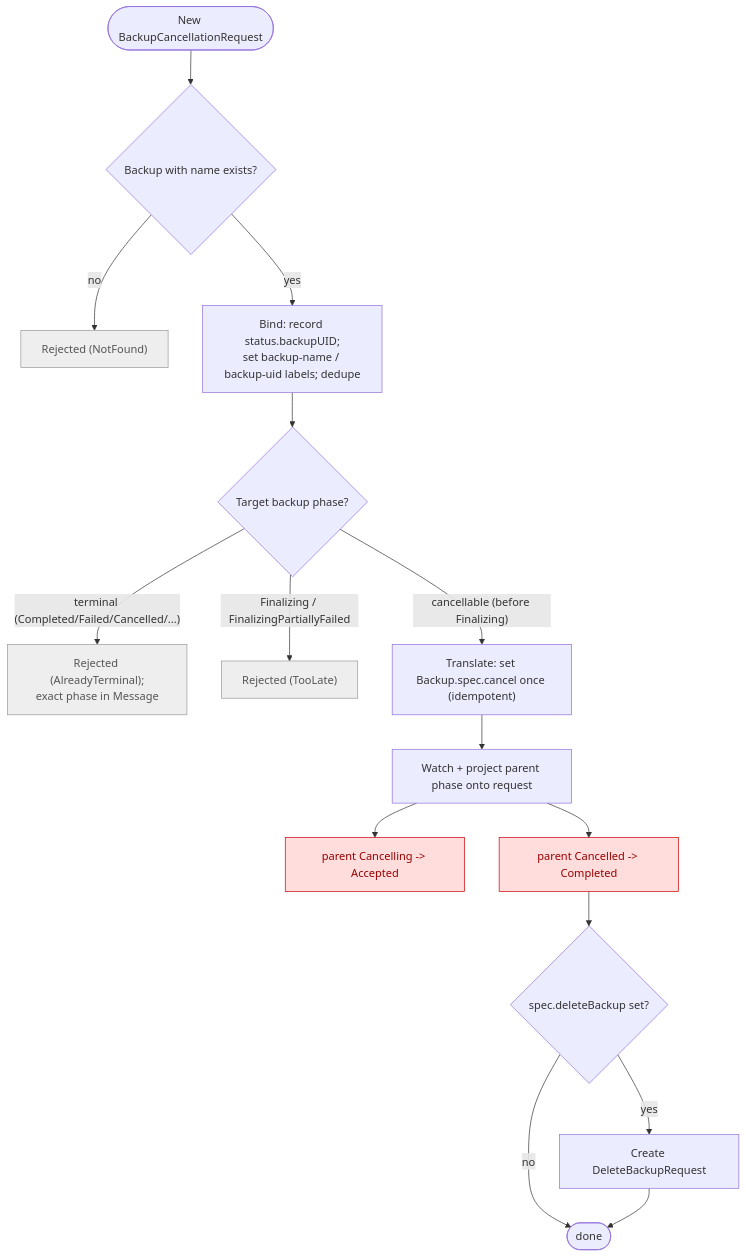
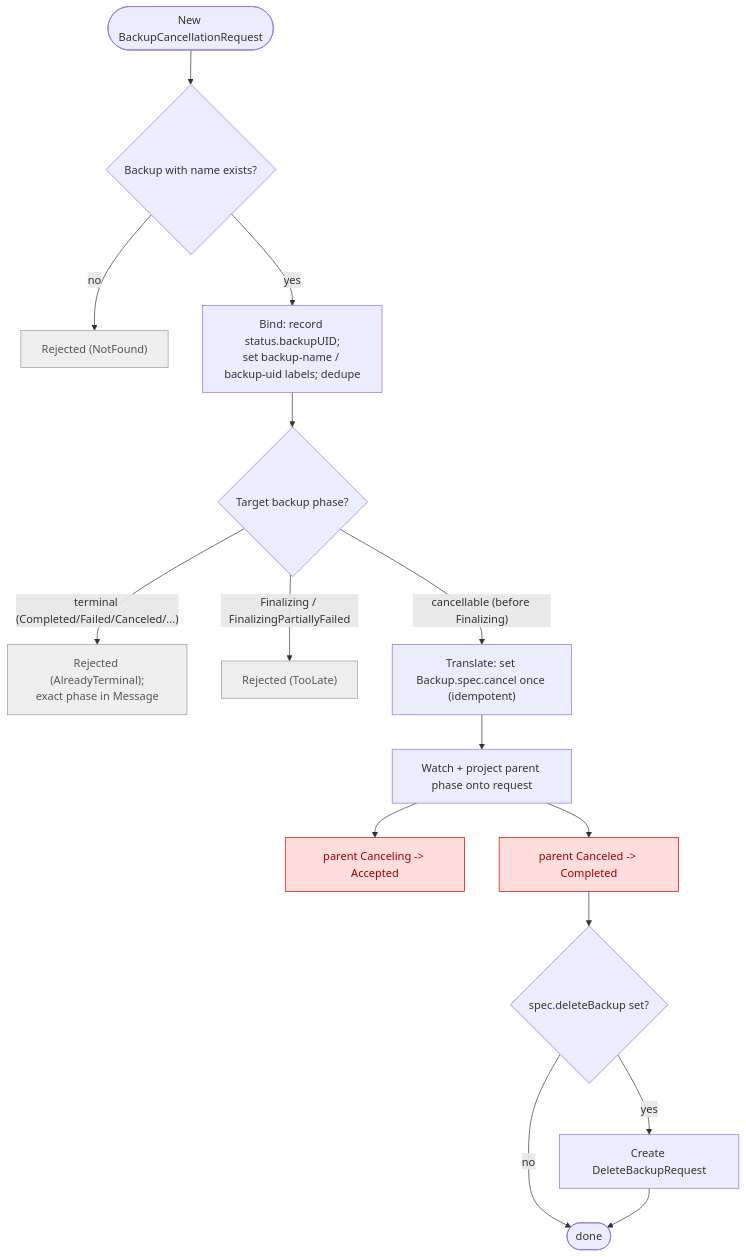
One commit to vmware-tanzu/velero changed the sixth of 6 diagrams in design/backup-cancellation_design.md. Above: the diagram before and after it, drawn with Mermaid. The commit also changed other lines of this file, not shown here.

First line of the commit message:
Use US spelling (Canceling/Canceled) in backup cancellation design

````diff
--- a/design/backup-cancellation_design.md
+++ b/design/backup-cancellation_design.md
@@ -390,22 +390,22 @@
 ```mermaid
 flowchart TD
     A([New BackupCancellationRequest]) --> B{Backup with name exists?}
     B -- no --> R1["Rejected (NotFound)"]
     B -- yes --> Bind["Bind: record status.backupUID;<br/>set backup-name / backup-uid labels; dedupe"]
     Bind --> P{Target backup phase?}
-    P -- "terminal (Completed/Failed/Cancelled/...)" --> R2["Rejected (AlreadyTerminal);<br/>exact phase in Message"]
+    P -- "terminal (Completed/Failed/Canceled/...)" --> R2["Rejected (AlreadyTerminal);<br/>exact phase in Message"]
     P -- "Finalizing / FinalizingPartiallyFailed" --> R3["Rejected (TooLate)"]
     P -- "cancellable (before Finalizing)" --> T["Translate: set Backup.spec.cancel once (idempotent)"]
     T --> Proj[Watch + project parent phase onto request]
-    Proj --> C1["parent Cancelling -> Accepted"]
-    Proj --> C2["parent Cancelled -> Completed"]
+    Proj --> C1["parent Canceling -> Accepted"]
+    Proj --> C2["parent Canceled -> Completed"]
     C2 --> Del{spec.deleteBackup set?}
     Del -- yes --> DBR[Create DeleteBackupRequest]
     Del -- no --> End([done])
     DBR --> End
 
     classDef reject fill:#eee,stroke:#999,color:#555
     classDef cancel fill:#fdd,stroke:#c00,color:#900
     class R1,R2,R3 reject
     class C1,C2 cancel
 ```
````
